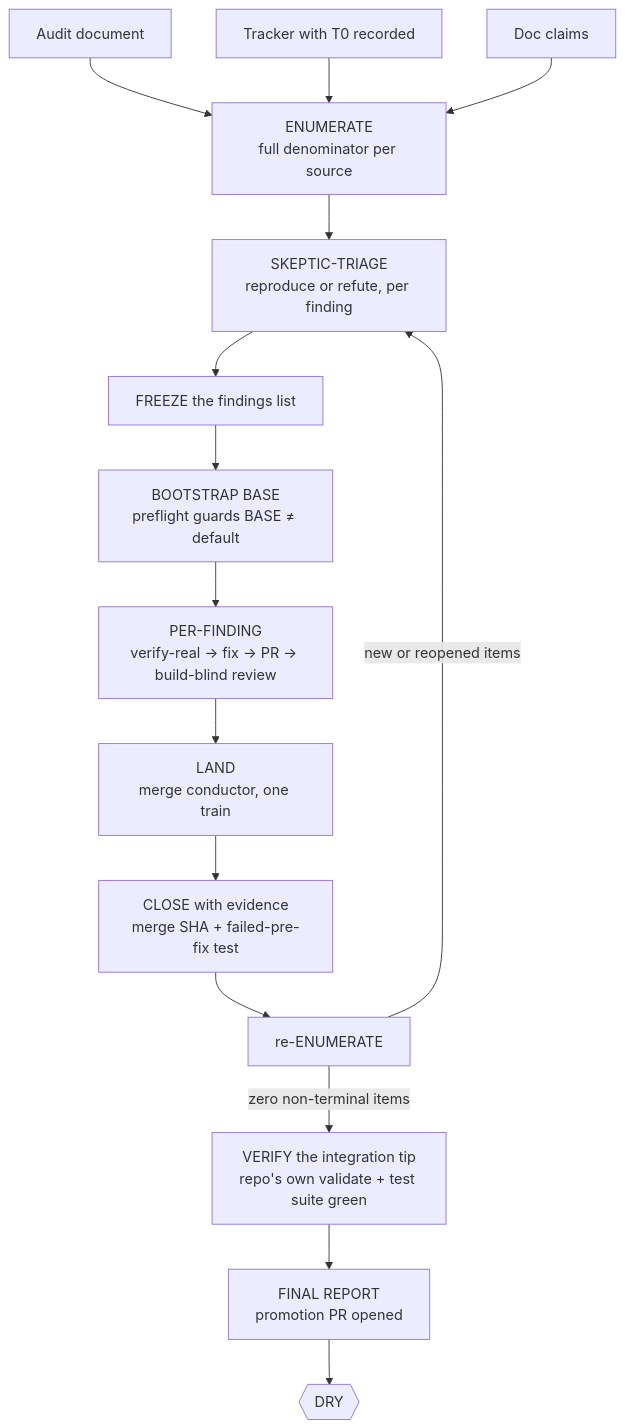
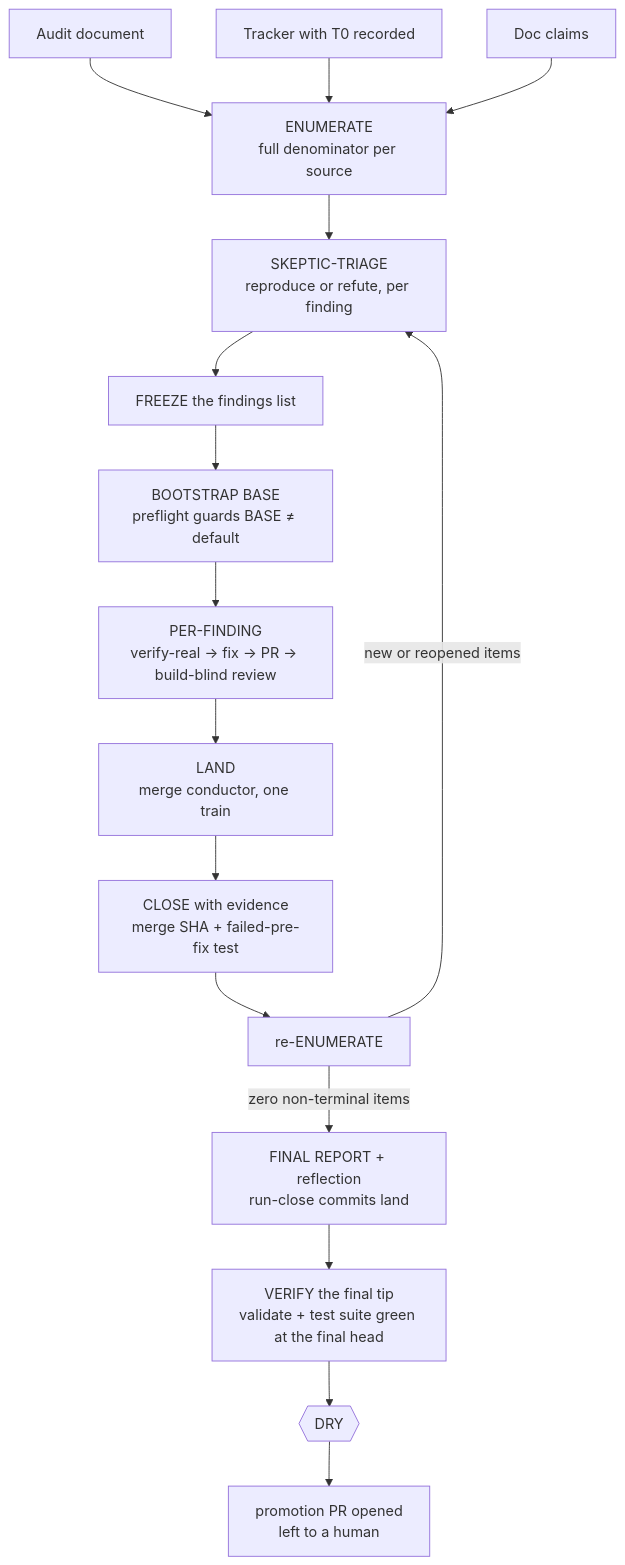
One commit to ravidsrk/orca-fleet changed the diagram in docs/missions/clean-sweep.md. Above: the diagram before and after it, drawn with Mermaid. The commit also changed other lines of this file and 1 other file, not shown here.

First line of the commit message:
docs(clean-sweep): verify the FINAL head, after every run-close commit, not before them

````diff
--- a/docs/missions/clean-sweep.md
+++ b/docs/missions/clean-sweep.md
@@ -72,17 +72,18 @@
 ```mermaid
 flowchart TD
     A[Audit document] --> D[ENUMERATE<br/>full denominator per source]
     B[Tracker with T0 recorded] --> D
     C[Doc claims] --> D
     D --> E[SKEPTIC-TRIAGE<br/>reproduce or refute, per finding]
     E --> F[FREEZE the findings list]
     F --> G[BOOTSTRAP BASE<br/>preflight guards BASE ≠ default]
     G --> H[PER-FINDING<br/>verify-real → fix → PR → build-blind review]
     H --> I[LAND<br/>merge conductor, one train]
     I --> J[CLOSE with evidence<br/>merge SHA + failed-pre-fix test]
     J --> K[re-ENUMERATE]
     K -->|new or reopened items| E
-    K -->|zero non-terminal items| L2[VERIFY the integration tip<br/>repo's own validate + test suite green]
-    L2 --> L[FINAL REPORT<br/>promotion PR opened]
-    L --> M{{DRY}}
+    K -->|zero non-terminal items| L[FINAL REPORT + reflection<br/>run-close commits land]
+    L --> L2[VERIFY the final tip<br/>validate + test suite green at the final head]
+    L2 --> M{{DRY}}
+    M --> N[promotion PR opened<br/>left to a human]
 ```
````
